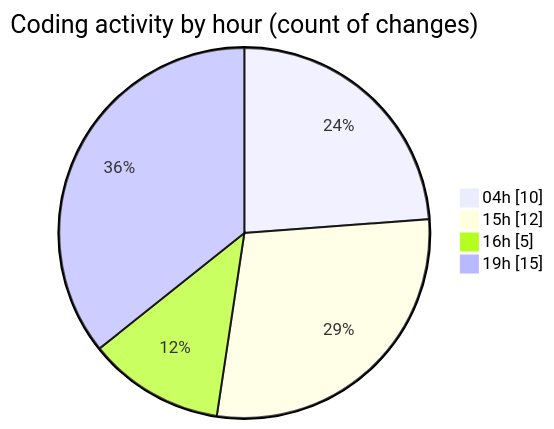
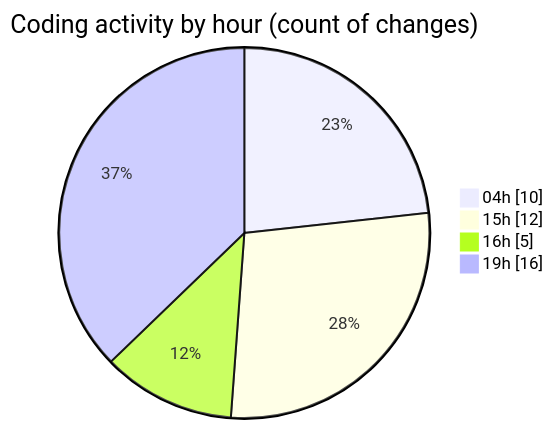
Before and after one commit to charlie-sans/code-tracking: the second of 2 diagrams in 2025-03-17/sharpmasm/README.md, drawn with Mermaid. The commit also changed other lines of this file and 1 other file, not shown here.

````diff
--- a/2025-03-17/sharpmasm/README.md
+++ b/2025-03-17/sharpmasm/README.md
@@ -35,8 +35,8 @@
 ```mermaid
 pie showData
 title Coding activity by hour (count of changes)
 "04h" : 10
 "15h" : 12
 "16h" : 5
-"19h" : 15
+"19h" : 16
 ```
````
